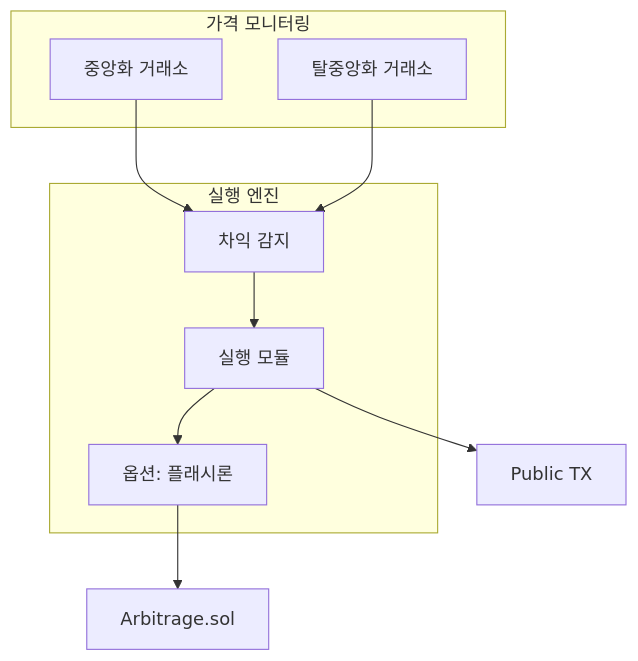
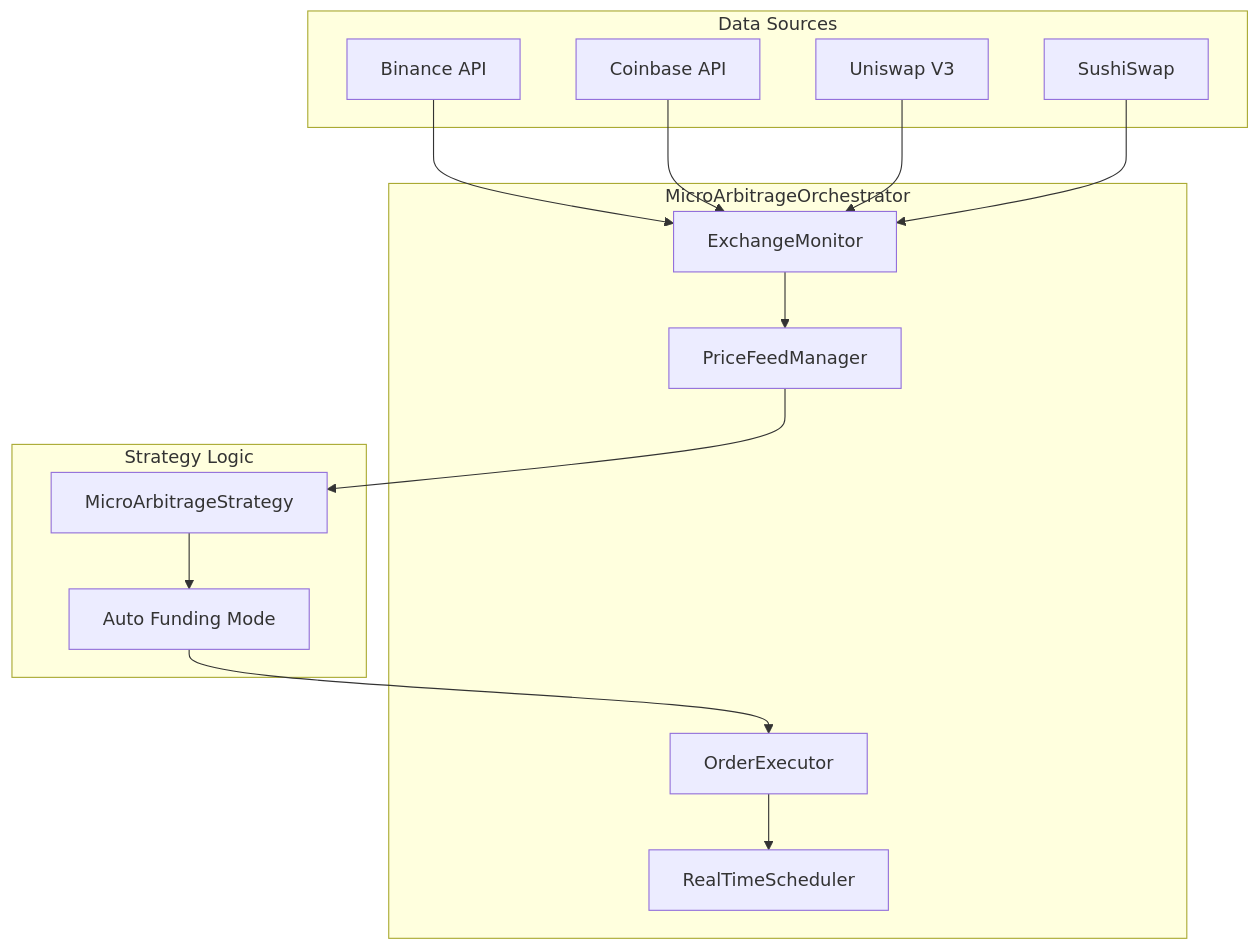
One commit to blockbit-hama/xCrack changed the fifth of 10 diagrams in docs/architecture.md. Above: the diagram before and after it, drawn with Mermaid. The commit also changed other lines of this file and 62 other files, not shown here.

````diff
--- a/docs/architecture.md
+++ b/docs/architecture.md
@@ -222,21 +254,32 @@
 ```mermaid
 graph TB
-    subgraph "가격 모니터링"
-        CEX[중앙화 거래소]
-        DEX[탈중앙화 거래소]
+    subgraph "MicroArbitrageOrchestrator"
+        EM[ExchangeMonitor]
+        PFM[PriceFeedManager] 
+        OE[OrderExecutor]
+        RTS[RealTimeScheduler]
     end
     
-    subgraph "실행 엔진"
-        ARB[차익 감지]
-        EXE[실행 모듈]
-        OPT[옵션: 플래시론]
+    subgraph "Data Sources"
+        CEX1[Binance API]
+        CEX2[Coinbase API]
+        DEX1[Uniswap V3]
+        DEX2[SushiSwap]
     end
     
-    CEX --> ARB
-    DEX --> ARB
-    ARB --> EXE
-    EXE --> OPT
+    subgraph "Strategy Logic"
+        MAS[MicroArbitrageStrategy]
+        AUTO[Auto Funding Mode]
+    end
     
-    EXE --> TX1[Public TX]
-    OPT --> TX2[Arbitrage.sol]
+    CEX1 --> EM
+    CEX2 --> EM
+    DEX1 --> EM
+    DEX2 --> EM
+    
+    EM --> PFM
+    PFM --> MAS
+    MAS --> AUTO
+    AUTO --> OE
+    OE --> RTS
 ```
````
